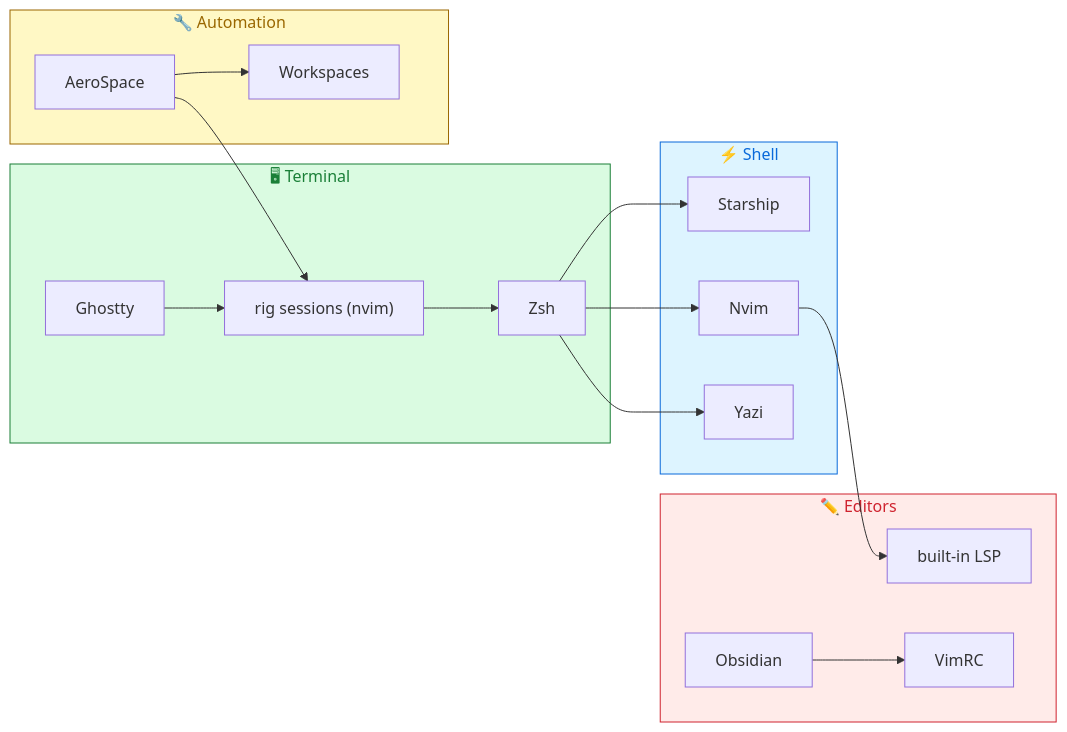
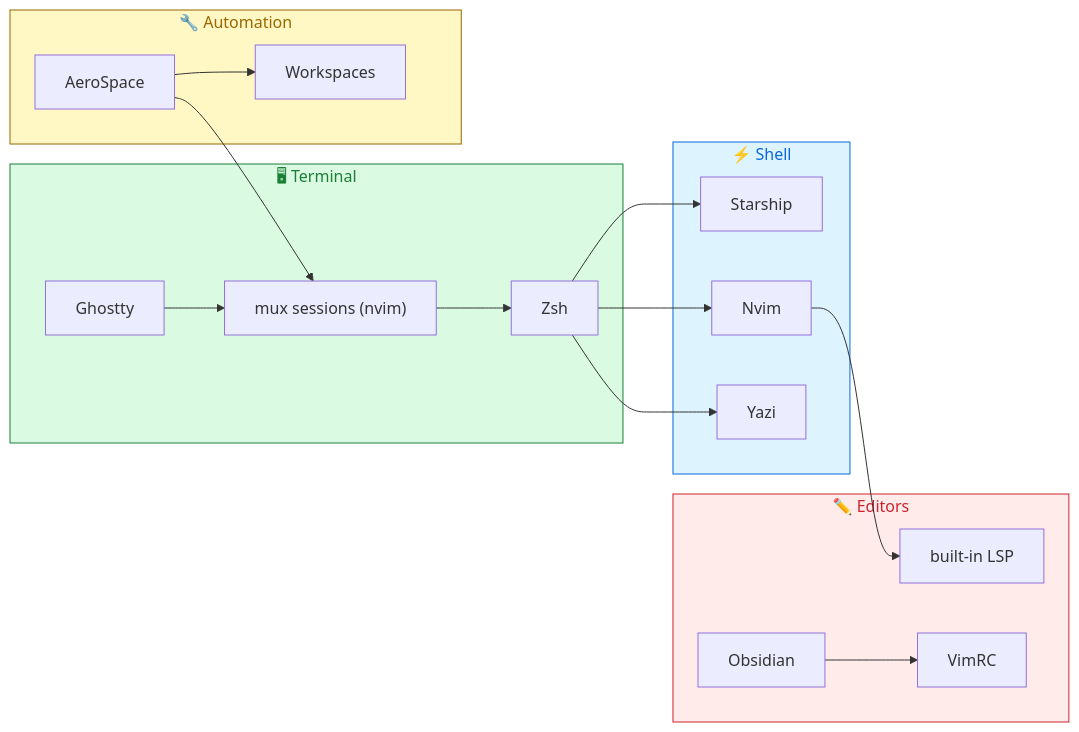
Before and after one commit to snesjhon/dotfiles: the diagram in README.md, drawn with Mermaid. The commit also changed other lines of this file and 13 other files, not shown here.

Commit message:
feat: add mux instead of all of rig

````diff
--- a/README.md
+++ b/README.md
@@ -40,28 +39,28 @@
 ```mermaid
 graph LR
     subgraph Terminal["🖥 Terminal"]
-        Ghostty --> Sessions["rig sessions (nvim)"]
+        Ghostty --> Sessions["mux sessions (nvim)"]
         Sessions --> Zsh
     end
 
     subgraph Shell["⚡ Shell"]
         Zsh --> Starship
         Zsh --> Nvim
         Zsh --> Yazi
     end
 
     subgraph Automation["🔧 Automation"]
         AeroSpace --> Workspaces
         AeroSpace --> Sessions
     end
 
     subgraph Editors["✏️ Editors"]
         Nvim --> LSP["built-in LSP"]
         Obsidian --> VimRC
     end
 
     style Terminal fill:#dafbe1,stroke:#1a7f37,color:#1a7f37
     style Shell fill:#ddf4ff,stroke:#0969da,color:#0969da
     style Automation fill:#fff8c5,stroke:#9a6700,color:#9a6700
     style Editors fill:#ffebe9,stroke:#cf222e,color:#cf222e
 ```
````
